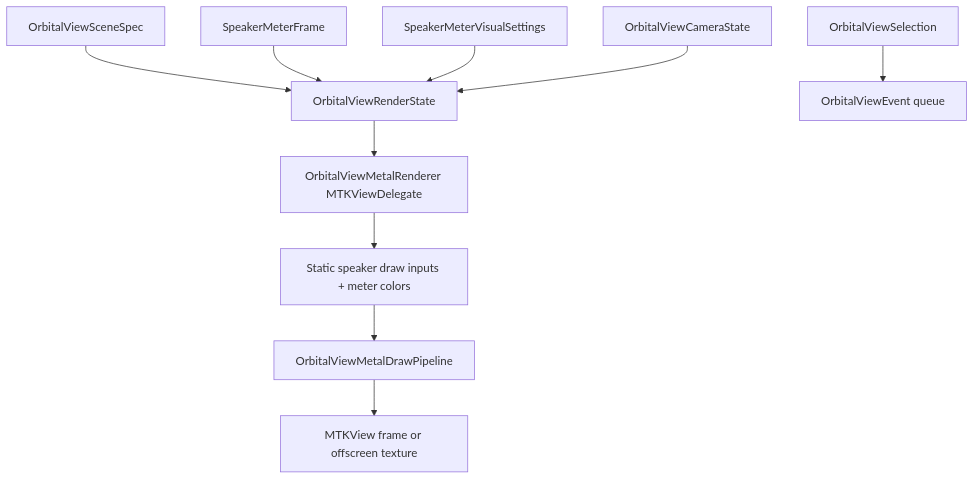
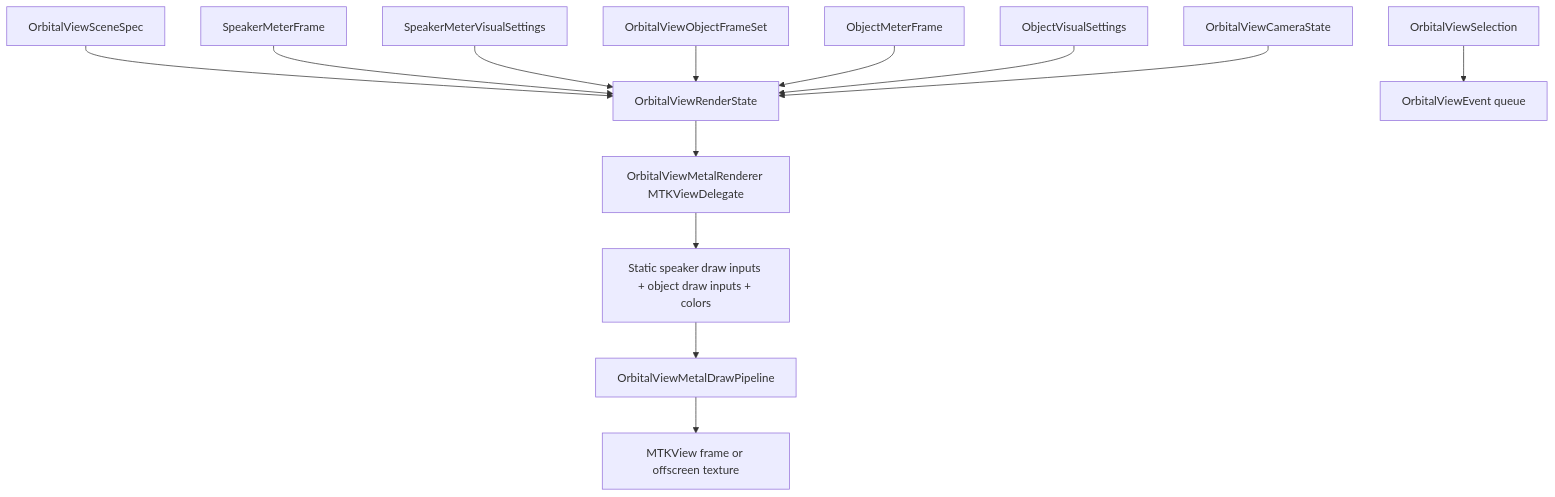
Before and after one commit to jebagu/orbital-view: the fifth of 11 diagrams in docs/system-flows.md, drawn with Mermaid. The commit also changed other lines of this file and 23 other files, not shown here.

````diff
--- a/docs/system-flows.md
+++ b/docs/system-flows.md
@@ -50,12 +56,15 @@
 ```mermaid
 flowchart TD
   Scene["OrbitalViewSceneSpec"] --> State["OrbitalViewRenderState"]
   Meters["SpeakerMeterFrame"] --> State
   MeterSettings["SpeakerMeterVisualSettings"] --> State
+  Objects["OrbitalViewObjectFrameSet"] --> State
+  ObjectMeters["ObjectMeterFrame"] --> State
+  ObjectSettings["ObjectVisualSettings"] --> State
   Camera["OrbitalViewCameraState"] --> State
   Selection["OrbitalViewSelection"] --> Events["OrbitalViewEvent queue"]
   State --> Delegate["OrbitalViewMetalRenderer MTKViewDelegate"]
-  Delegate --> Inputs["Static speaker draw inputs + meter colors"]
+  Delegate --> Inputs["Static speaker draw inputs + object draw inputs + colors"]
   Inputs --> Pipeline["OrbitalViewMetalDrawPipeline"]
   Pipeline --> Frame["MTKView frame or offscreen texture"]
 ```
````
